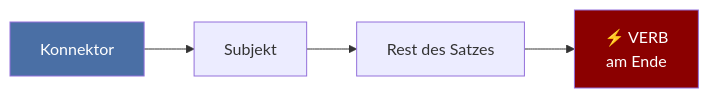
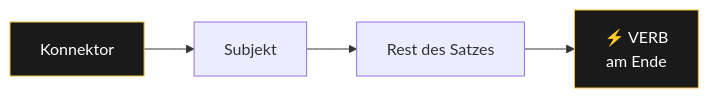
One commit to raulmina1/quartz-garden changed the diagram in content/Deutsch/Grammatik/Nebensätze.md. Above: the diagram before and after it, drawn with Mermaid. The commit also changed 13 other files, not shown here.

Commit message:
all 10 improvements: dark flowcharts, Plausible analytics, favicon, CNAME for domain, OG images already active

````diff
--- a/content/Deutsch/Grammatik/Nebensätze.md
+++ b/content/Deutsch/Grammatik/Nebensätze.md
@@ -27,9 +27,9 @@
 ```mermaid
 flowchart LR
     A[Konnektor] --> B[Subjekt]
     B --> C[Rest des Satzes]
     C --> D[⚡ VERB<br/>am Ende]
     
-    style A fill:#4a6fa5,color:#fff
-    style D fill:#8b0000,color:#fff
+    style A fill:#1a1a1a,stroke:#f0c040,color:#fff
+    style D fill:#1a1a1a,stroke:#f0c040,color:#fff
 ```
````
